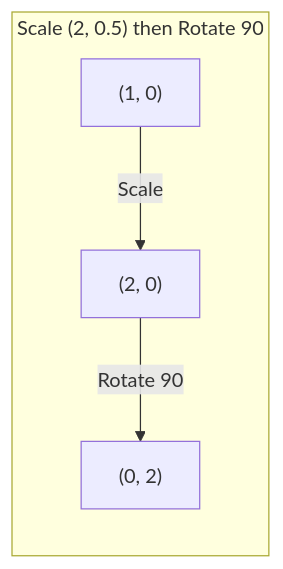
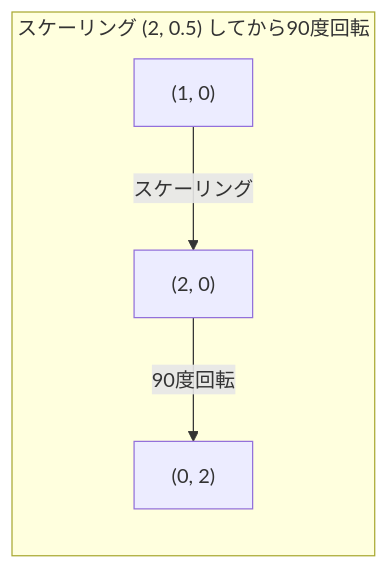
One commit to rohitg00/ai-engineering-from-scratch changed the seventh of 7 diagrams in phases/01-math-foundations/03-matrix-transformations/docs/en.md. Above: the diagram before and after it, drawn with Mermaid. The commit also changed other lines of this file and 1935 other files, not shown here.

````diff
--- a/phases/01-math-foundations/03-matrix-transformations/docs/en.md
+++ b/phases/01-math-foundations/03-matrix-transformations/docs/en.md
@@ -164,6 +164,6 @@
 ```mermaid
 graph LR
-    subgraph Path2["Scale (2, 0.5) then Rotate 90"]
-        Q1["(1, 0)"] -->|"Scale"| Q2["(2, 0)"] -->|"Rotate 90"| Q3["(0, 2)"]
+    subgraph Path2["スケーリング (2, 0.5) してから90度回転"]
+        Q1["(1, 0)"] -->|"スケーリング"| Q2["(2, 0)"] -->|"90度回転"| Q3["(0, 2)"]
     end
 ```
````
